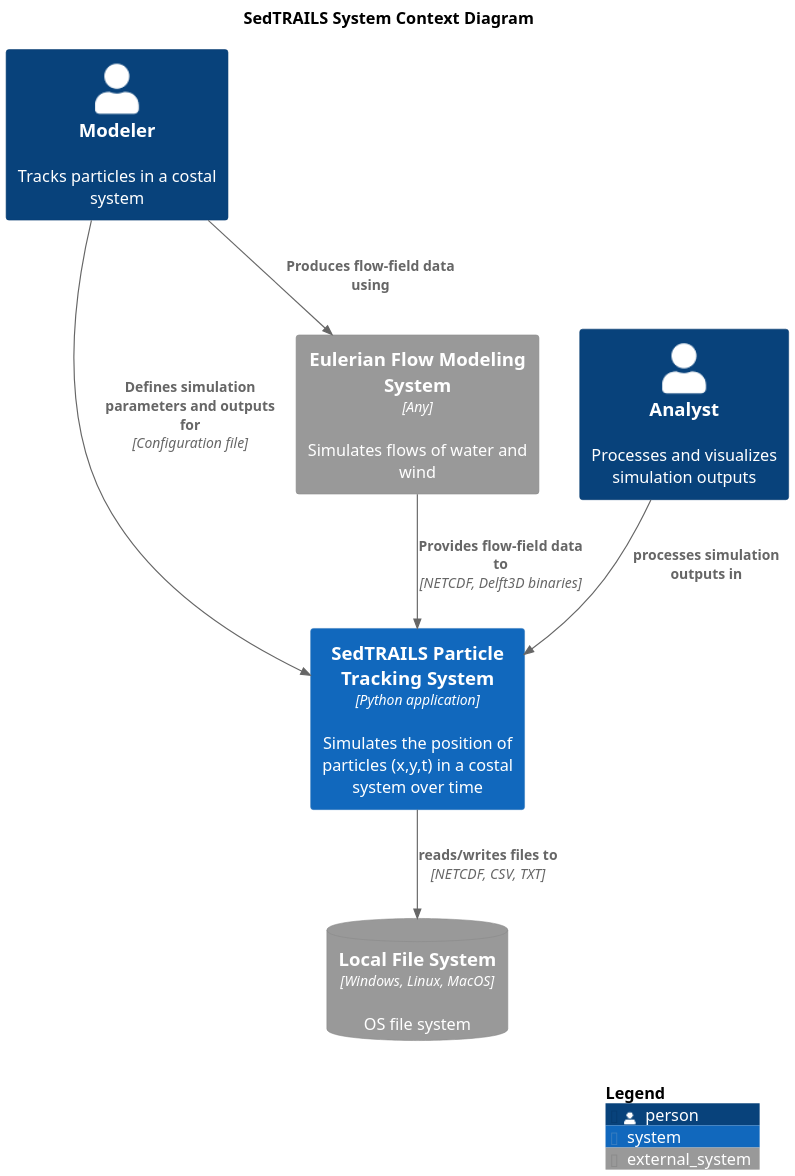
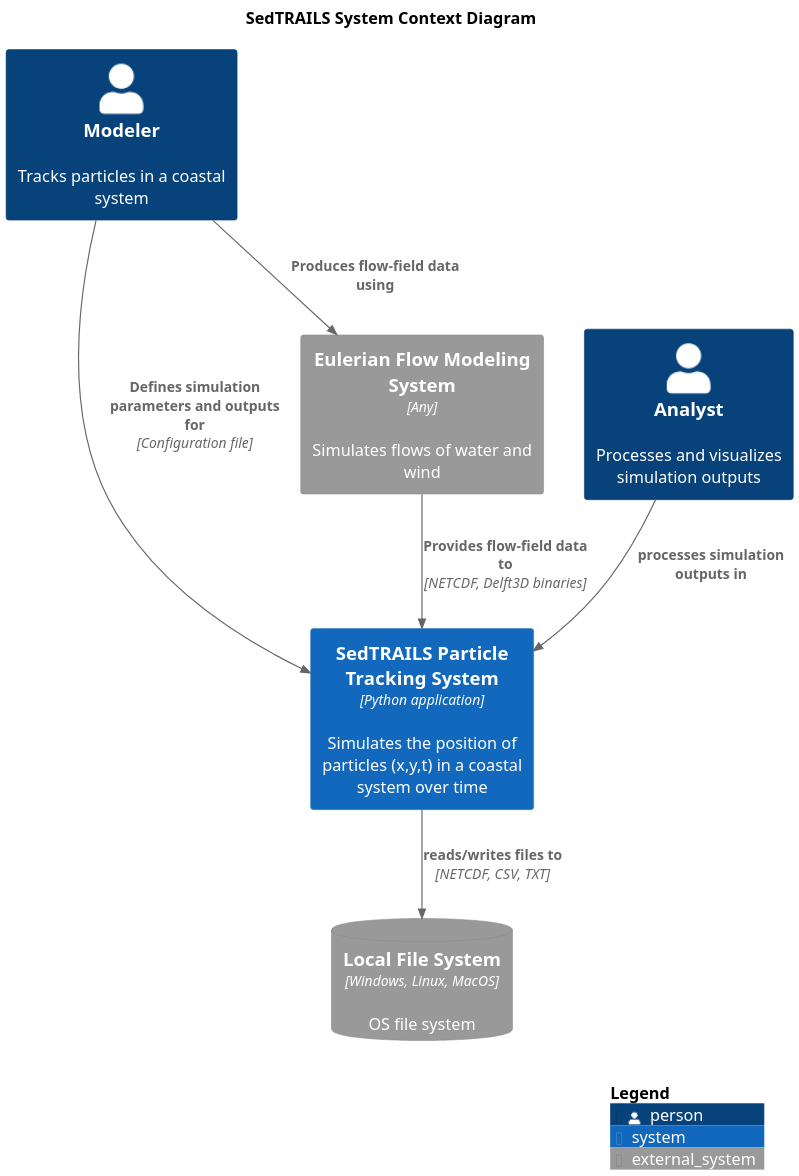
One commit to sgpearson17/sedtrails-sgp changed the diagram in diagrams/context-system.puml. Above: the diagram before and after it, drawn with PlantUML. The commit also changed 7 other files, not shown here.

Commit message:
final revisions of the diagrams

```diff
--- a/diagrams/context-system.puml
+++ b/diagrams/context-system.puml
@@ -1,29 +1,29 @@
 @startuml SedtrailContext
 !include ./c4/C4_Context.puml
 
 ' !theme C4_sandstone from ./c4/themes
 title SedTRAILS System Context Diagram
 scale 2
 
-Person(modeler, "Modeler", "Tracks particles in a costal system")
+Person(modeler, "Modeler", "Tracks particles in a coastal system")
 Person(analyst, "Analyst", "Processes and visualizes simulation outputs")
 
-System(sedtrails, "SedTRAILS Particle Tracking System", "Simulates the position of particles (x,y,t) in a costal system over time", $type="Python application")
+System(sedtrails, "SedTRAILS Particle Tracking System", "Simulates the position of particles (x,y,t) in a coastal system over time", $type="Python application")
 
 System_Ext(flowSystem, "Eulerian Flow Modeling System", "Simulates flows of water and wind", $type="Any")
 
 SystemDb_Ext(fileSystem, "Local File System", "OS file system", $type="Windows, Linux, MacOS")
 
 Rel(analyst, sedtrails, "processes simulation outputs in")
 Rel(sedtrails, fileSystem, "reads/writes files to", "NETCDF, CSV, TXT")
 
 Rel(modeler, sedtrails, "Defines simulation parameters and outputs for", "Configuration file")
 Rel(modeler, flowSystem, "Produces flow-field data using")
 
 ' Rel(connectivityNetworkSys, sedtrails, "Accesses simulation outputs from", "NETCDF")
 ' Rel(statisticsSys, sedtrails, "Accesses simulation outputs from", "NETCDF")
 
 Rel(flowSystem, sedtrails, "Provides flow-field data to ", "NETCDF, Delft3D binaries")
 
 SHOW_LEGEND()
 @enduml
```
